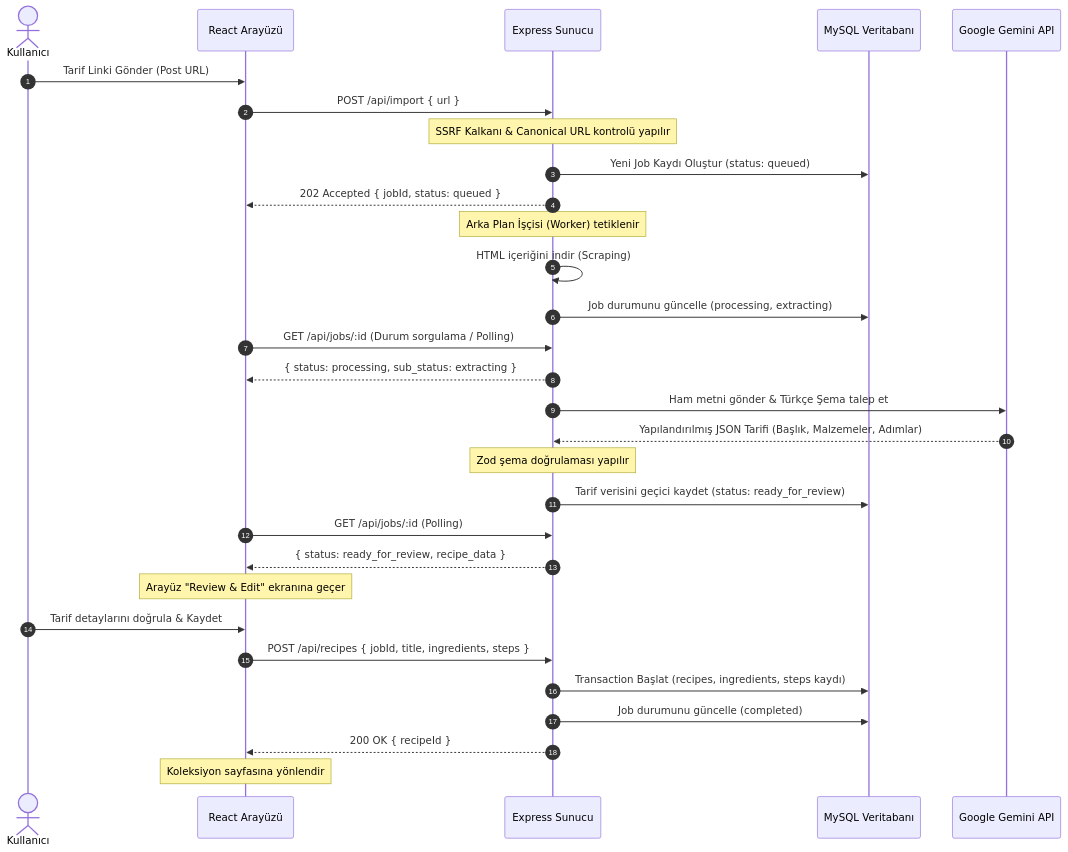
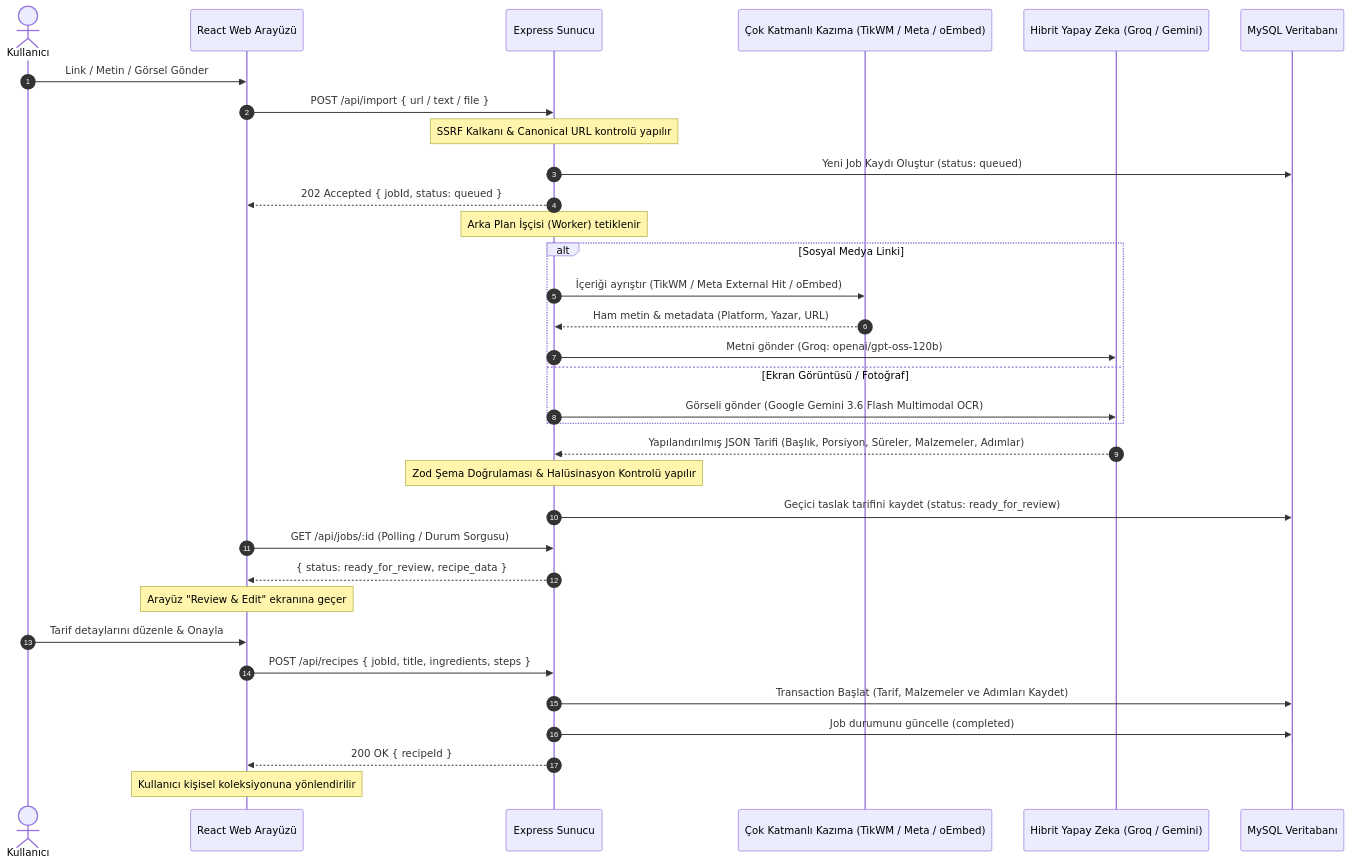
One commit to berramiynat-debug/Onedio_RecipeAI changed the diagram in README.md. Above: the diagram before and after it, drawn with Mermaid. The commit also changed other lines of this file, not shown here.

Commit message:
docs: update README with latest hybrid LLM architecture, multi-layer scrapers, and JWT auth flow

````diff
--- a/README.md
+++ b/README.md
@@ -11,37 +11,40 @@
 ```mermaid
 sequenceDiagram
     autonumber
     actor Kullanıcı
-    participant Client as React Arayüzü
+    participant Client as React Web Arayüzü
     participant API as Express Sunucu
+    participant Scraper as Çok Katmanlı Kazıma (TikWM / Meta / oEmbed)
+    participant LLM as Hibrit Yapay Zeka (Groq / Gemini)
     participant DB as MySQL Veritabanı
-    participant LLM as Google Gemini API
 
-    Kullanıcı->>Client: Tarif Linki Gönder (Post URL)
-    Client->>API: POST /api/import { url }
+    Kullanıcı->>Client: Link / Metin / Görsel Gönder
+    Client->>API: POST /api/import { url / text / file }
     Note over API: SSRF Kalkanı & Canonical URL kontrolü yapılır
     API->>DB: Yeni Job Kaydı Oluştur (status: queued)
     API-->>Client: 202 Accepted { jobId, status: queued }
     
     Note over API: Arka Plan İşçisi (Worker) tetiklenir
-    API->>API: HTML içeriğini indir (Scraping)
-    API->>DB: Job durumunu güncelle (processing, extracting)
-    Client->>API: GET /api/jobs/:id (Durum sorgulama / Polling)
-    API-->>Client: { status: processing, sub_status: extracting }
+    alt Sosyal Medya Linki
+        API->>Scraper: İçeriği ayrıştır (TikWM / Meta External Hit / oEmbed)
+        Scraper-->>API: Ham metin & metadata (Platform, Yazar, URL)
+        API->>LLM: Metni gönder (Groq: openai/gpt-oss-120b)
+    else Ekran Görüntüsü / Fotoğraf
+        API->>LLM: Görseli gönder (Google Gemini 3.6 Flash Multimodal OCR)
+    end
 
-    API->>LLM: Ham metni gönder & Türkçe Şema talep et
-    LLM-->>API: Yapılandırılmış JSON Tarifi (Başlık, Malzemeler, Adımlar)
-    Note over API: Zod şema doğrulaması yapılır
-    API->>DB: Tarif verisini geçici kaydet (status: ready_for_review)
+    LLM-->>API: Yapılandırılmış JSON Tarifi (Başlık, Porsiyon, Süreler, Malzemeler, Adımlar)
+    Note over API: Zod Şema Doğrulaması & Halüsinasyon Kontrolü yapılır
+    API->>DB: Geçici taslak tarifini kaydet (status: ready_for_review)
     
-    Client->>API: GET /api/jobs/:id (Polling)
+    Client->>API: GET /api/jobs/:id (Polling / Durum Sorgusu)
     API-->>Client: { status: ready_for_review, recipe_data }
     Note over Client: Arayüz "Review & Edit" ekranına geçer
 
-    Kullanıcı->>Client: Tarif detaylarını doğrula & Kaydet
+    Kullanıcı->>Client: Tarif detaylarını düzenle & Onayla
     Client->>API: POST /api/recipes { jobId, title, ingredients, steps }
-    API->>DB: Transaction Başlat (recipes, ingredients, steps kaydı)
+    API->>DB: Transaction Başlat (Tarif, Malzemeler ve Adımları Kaydet)
     API->>DB: Job durumunu güncelle (completed)
     API-->>Client: 200 OK { recipeId }
-    Note over Client: Koleksiyon sayfasına yönlendir
+    Note over Client: Kullanıcı kişisel koleksiyonuna yönlendirilir
 ```
````
